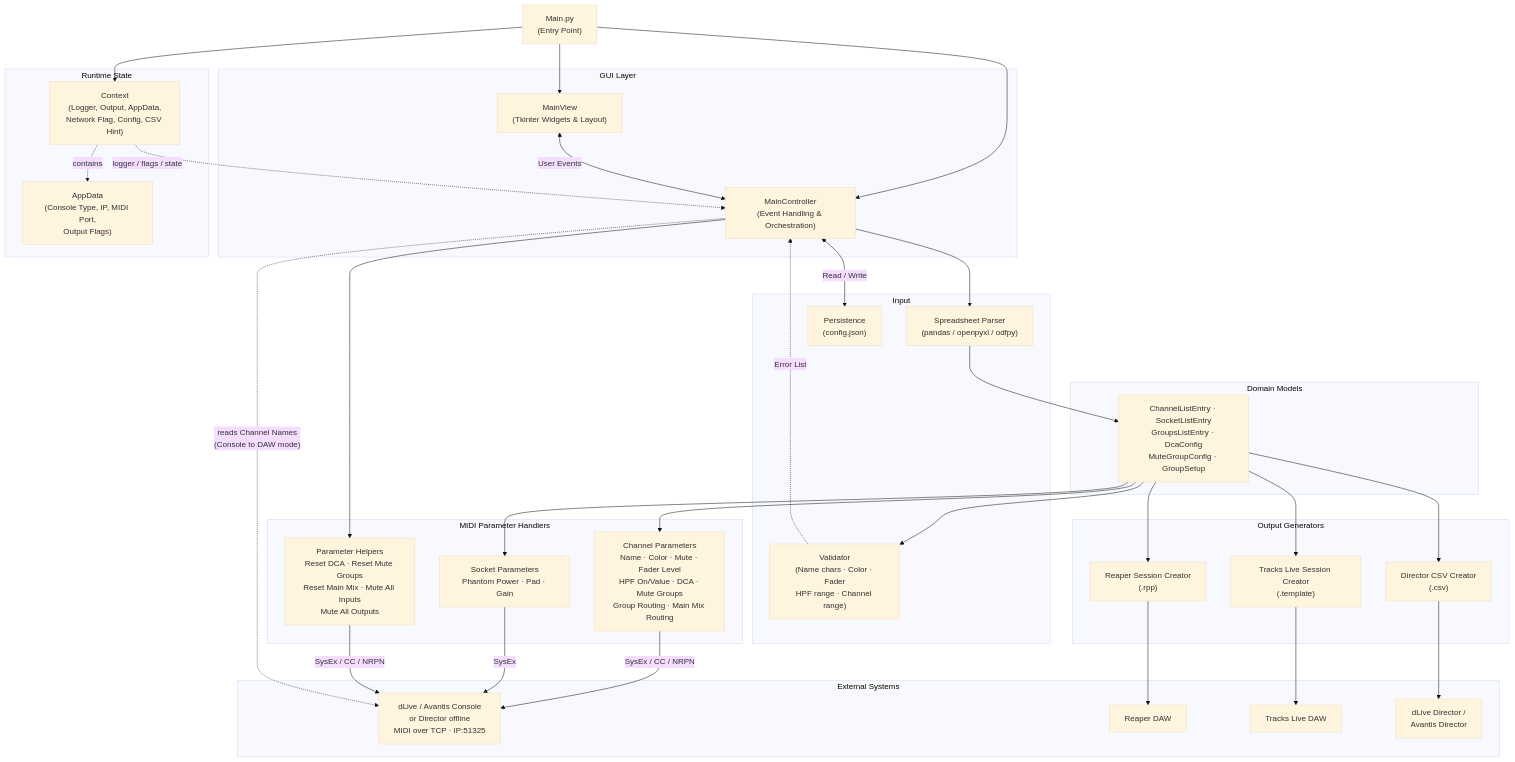
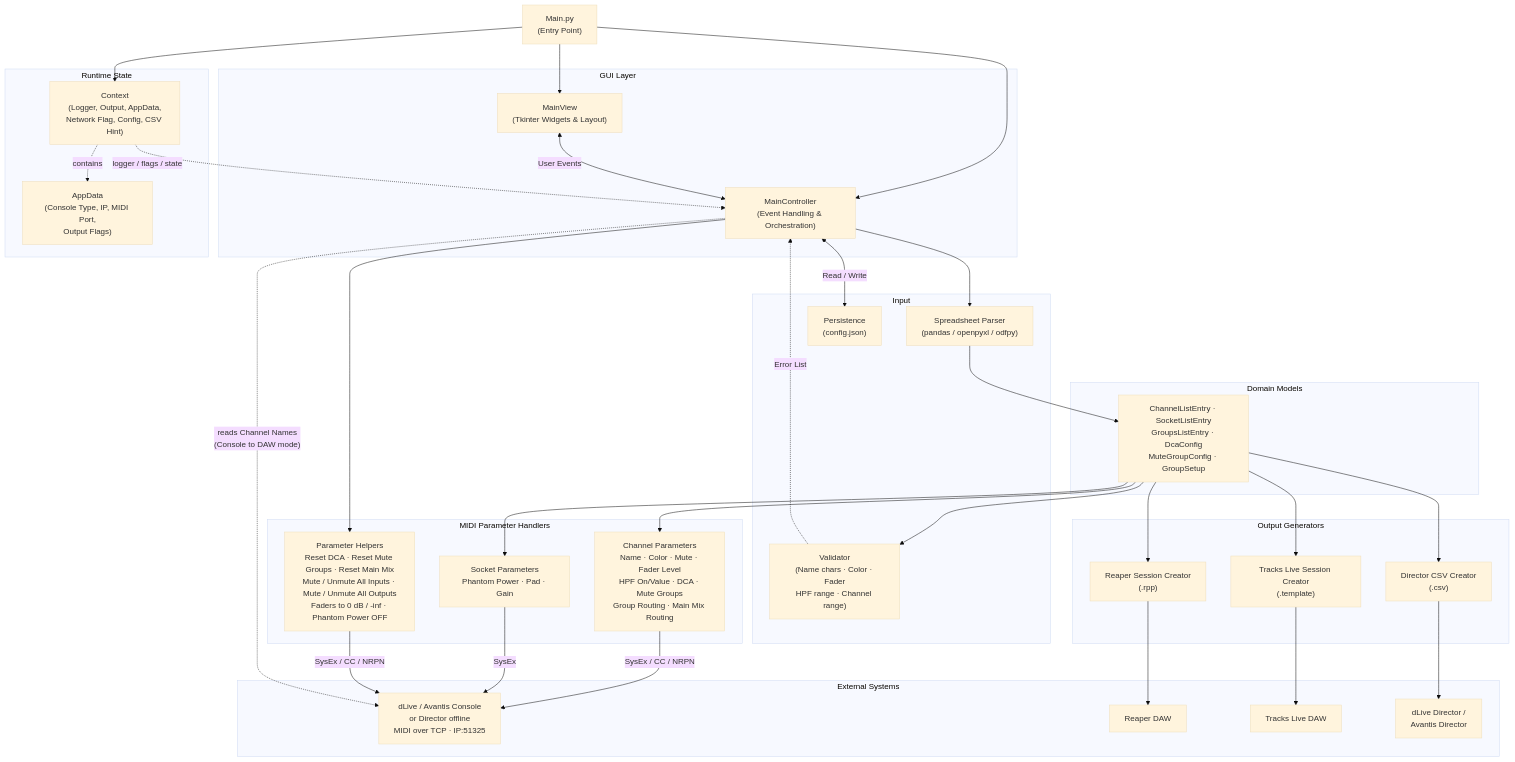
Before and after one commit to togrupe/dlive-midi-tools: the diagram in doc/architecture.md, drawn with Mermaid (base theme). The commit also changed other lines of this file and 4 other files, not shown here.

````diff
--- a/doc/architecture.md
+++ b/doc/architecture.md
@@ -5,73 +5,73 @@
 ```mermaid
 graph TD
     Main["Main.py\n(Entry Point)"]
 
     subgraph GUI["GUI Layer"]
         View["MainView\n(Tkinter Widgets & Layout)"]
         Controller["MainController\n(Event Handling & Orchestration)"]
     end
 
     subgraph RuntimeState["Runtime State"]
         Context["Context\n(Logger, Output, AppData,\nNetwork Flag, Config, CSV Hint)"]
         AppData["AppData\n(Console Type, IP, MIDI Port,\nOutput Flags)"]
     end
 
     subgraph DomainModels["Domain Models"]
         Models["ChannelListEntry · SocketListEntry\nGroupsListEntry · DcaConfig\nMuteGroupConfig · GroupSetup"]
     end
 
     subgraph Input["Input"]
         Spreadsheet["Spreadsheet Parser\n(pandas / openpyxl / odfpy)"]
         Validator["Validator\n(Name chars · Color · Fader\nHPF range · Channel range)"]
         Persistence["Persistence\n(config.json)"]
     end
 
     subgraph MIDIHandlers["MIDI Parameter Handlers"]
         Channels["Channel Parameters\nName · Color · Mute · Fader Level\nHPF On/Value · DCA · Mute Groups\nGroup Routing · Main Mix Routing"]
         Sockets["Socket Parameters\nPhantom Power · Pad · Gain"]
-        Helpers["Parameter Helpers\nReset DCA · Reset Mute Groups\nReset Main Mix · Mute All Inputs\nMute All Outputs"]
+        Helpers["Parameter Helpers\nReset DCA · Reset Mute Groups · Reset Main Mix\nMute / Unmute All Inputs · Mute / Unmute All Outputs\nFaders to 0 dB / -inf · Phantom Power OFF"]
     end
 
     subgraph OutputGenerators["Output Generators"]
         ReaperGen["Reaper Session Creator\n(.rpp)"]
         TracksLiveGen["Tracks Live Session Creator\n(.template)"]
         CsvGen["Director CSV Creator\n(.csv)"]
     end
 
     subgraph External["External Systems"]
         Console["dLive / Avantis Console\nor Director offline\nMIDI over TCP · IP:51325"]
         Reaper["Reaper DAW"]
         TracksLive["Tracks Live DAW"]
         Director["dLive Director /\nAvantis Director"]
     end
 
     Main --> View
     Main --> Controller
     Main --> Context
     Context -.->|"contains"| AppData
 
     View <-->|"User Events"| Controller
     Controller <-->|"Read / Write"| Persistence
     Controller --> Spreadsheet
 
     Spreadsheet --> Models
     Models --> Validator
     Validator -.->|"Error List"| Controller
     Models --> Channels
     Models --> Sockets
     Models --> ReaperGen
     Models --> TracksLiveGen
     Models --> CsvGen
 
     Channels -->|"SysEx / CC / NRPN"| Console
     Sockets -->|"SysEx"| Console
     Helpers -->|"SysEx / CC / NRPN"| Console
     Controller -.->|"reads Channel Names\n(Console to DAW mode)"| Console
     Controller --> Helpers
 
     ReaperGen --> Reaper
     TracksLiveGen --> TracksLive
     CsvGen --> Director
 
     Context -.->|"logger / flags / state"| Controller
 ```
````
